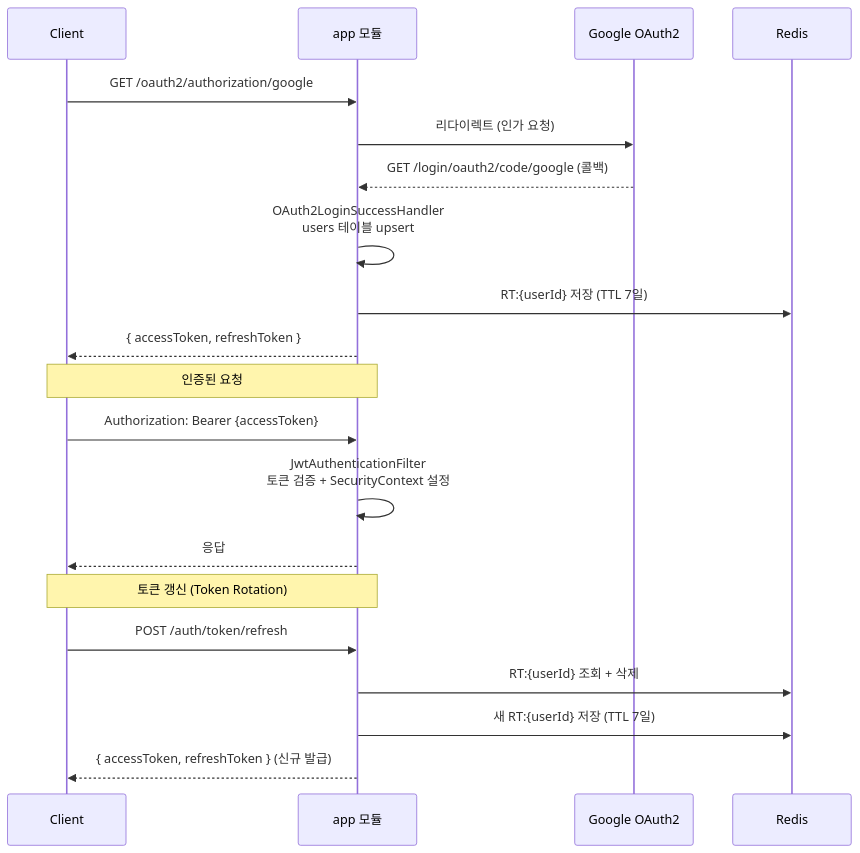
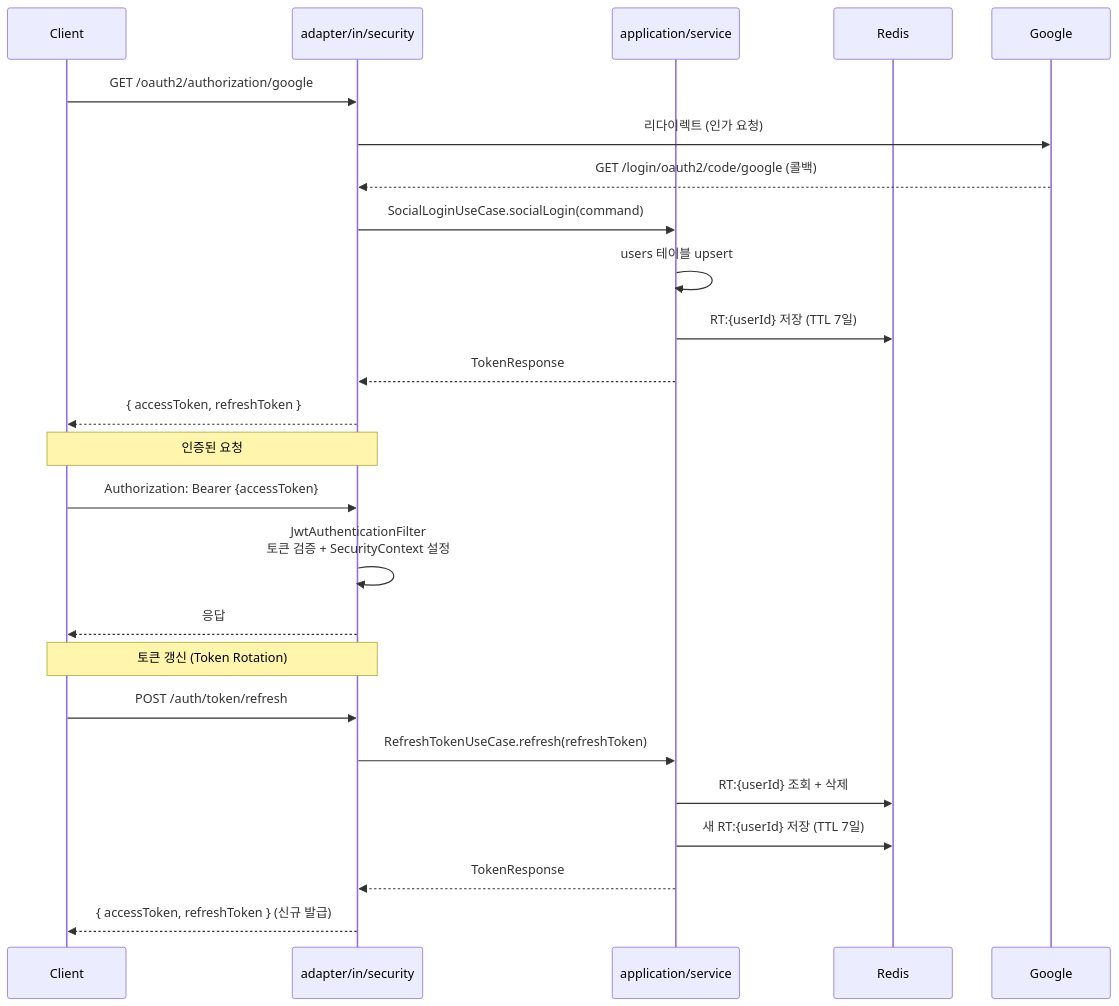
One commit to f-lab-edu/on-seoul changed the diagram in on-seoul-api/app/README.md. Above: the diagram before and after it, drawn with Mermaid. The commit also changed other lines of this file and 3 other files, not shown here.

First line of the commit message:
docs: 헥사고날 아키텍처 전환 반영하여 README 및 architecture.md 업데이트

````diff
--- a/on-seoul-api/app/README.md
+++ b/on-seoul-api/app/README.md
@@ -13,25 +11,29 @@
 ```mermaid
 sequenceDiagram
     participant Client
-    participant App as app 모듈
-    participant Google as Google OAuth2
+    participant Security as adapter/in/security
+    participant UseCase as application/service
     participant Redis
 
-    Client->>App: GET /oauth2/authorization/google
-    App->>Google: 리다이렉트 (인가 요청)
-    Google-->>App: GET /login/oauth2/code/google (콜백)
-    App->>App: OAuth2LoginSuccessHandler<br/>users 테이블 upsert
-    App->>Redis: RT:{userId} 저장 (TTL 7일)
-    App-->>Client: { accessToken, refreshToken }
+    Client->>Security: GET /oauth2/authorization/google
+    Security->>Google: 리다이렉트 (인가 요청)
+    Google-->>Security: GET /login/oauth2/code/google (콜백)
+    Security->>UseCase: SocialLoginUseCase.socialLogin(command)
+    UseCase->>UseCase: users 테이블 upsert
+    UseCase->>Redis: RT:{userId} 저장 (TTL 7일)
+    UseCase-->>Security: TokenResponse
+    Security-->>Client: { accessToken, refreshToken }
 
-    Note over Client,App: 인증된 요청
-    Client->>App: Authorization: Bearer {accessToken}
-    App->>App: JwtAuthenticationFilter<br/>토큰 검증 + SecurityContext 설정
-    App-->>Client: 응답
+    Note over Client,Security: 인증된 요청
+    Client->>Security: Authorization: Bearer {accessToken}
+    Security->>Security: JwtAuthenticationFilter<br/>토큰 검증 + SecurityContext 설정
+    Security-->>Client: 응답
 
-    Note over Client,App: 토큰 갱신 (Token Rotation)
-    Client->>App: POST /auth/token/refresh
-    App->>Redis: RT:{userId} 조회 + 삭제
-    App->>Redis: 새 RT:{userId} 저장 (TTL 7일)
-    App-->>Client: { accessToken, refreshToken } (신규 발급)
+    Note over Client,Security: 토큰 갱신 (Token Rotation)
+    Client->>Security: POST /auth/token/refresh
+    Security->>UseCase: RefreshTokenUseCase.refresh(refreshToken)
+    UseCase->>Redis: RT:{userId} 조회 + 삭제
+    UseCase->>Redis: 새 RT:{userId} 저장 (TTL 7일)
+    UseCase-->>Security: TokenResponse
+    Security-->>Client: { accessToken, refreshToken } (신규 발급)
 ```
````
